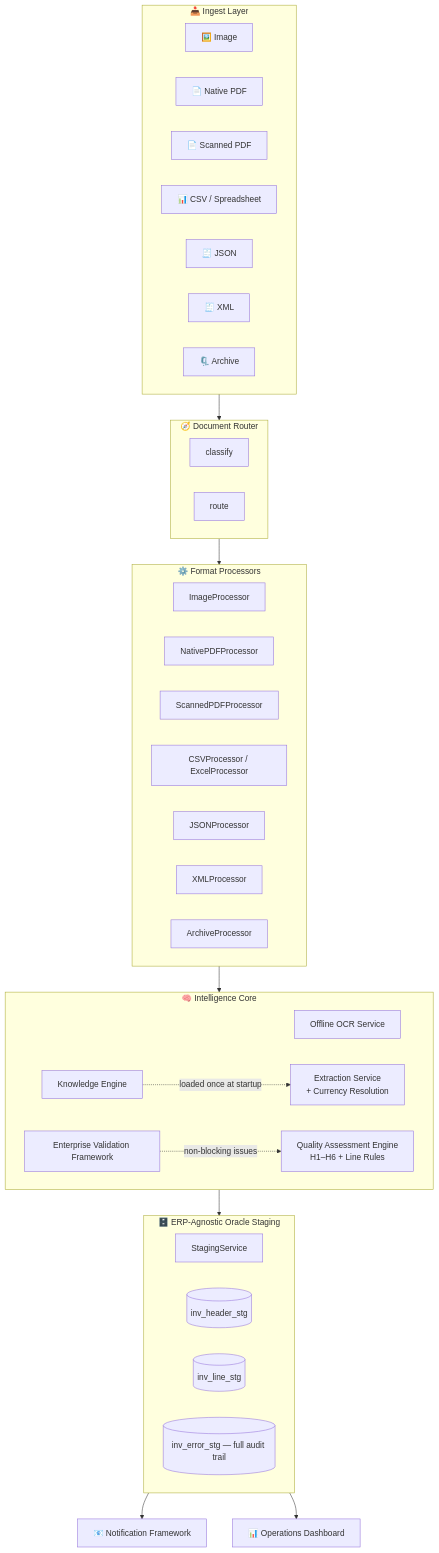
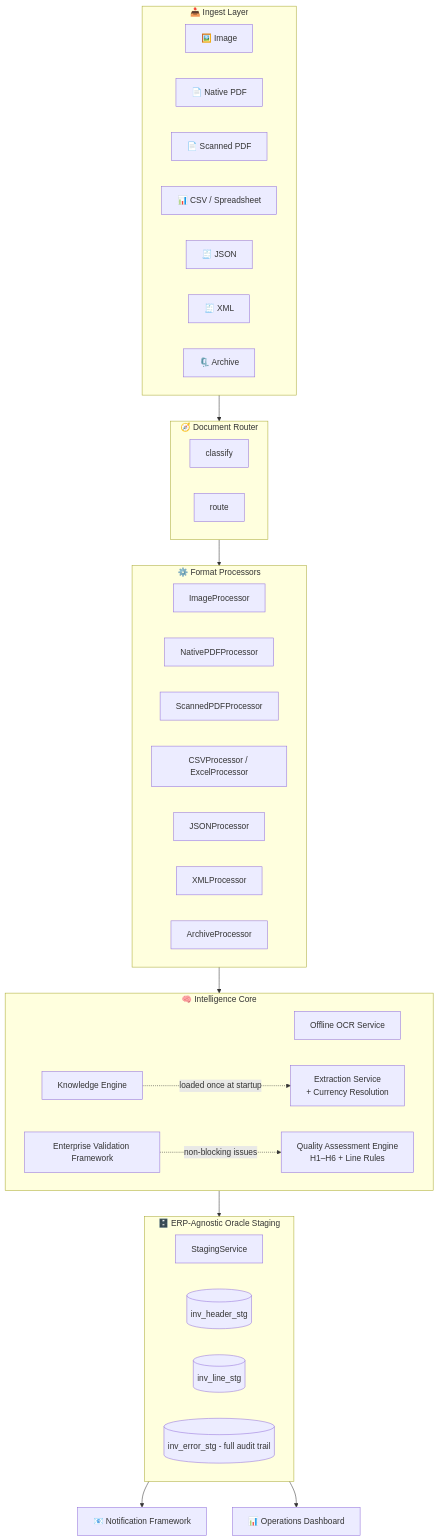
Before and after one commit to hmahanta/invoiceload: the first of 4 diagrams in README.md, drawn with Mermaid. The commit also changed other lines of this file, not shown here.

````diff
--- a/README.md
+++ b/README.md
@@ -158,50 +158,50 @@
 ```mermaid
 flowchart TB
     subgraph Ingest["📥 Ingest Layer"]
         A1[🖼️ Image]
         A2[📄 Native PDF]
         A3[📄 Scanned PDF]
         A4[📊 CSV / Spreadsheet]
         A5[🧾 JSON]
         A6[🧾 XML]
         A7[🗜️ Archive]
     end
 
     subgraph Router["🧭 Document Router"]
         B1[classify]
         B2[route]
     end
 
     subgraph Processors["⚙️ Format Processors"]
         C1[ImageProcessor]
         C2[NativePDFProcessor]
         C3[ScannedPDFProcessor]
         C4[CSVProcessor / ExcelProcessor]
         C5[JSONProcessor]
         C6[XMLProcessor]
         C7[ArchiveProcessor]
     end
 
     subgraph Core["🧠 Intelligence Core"]
         D1[Offline OCR Service]
         D2[Knowledge Engine]
         D3[Extraction Service<br/>+ Currency Resolution]
         D4[Enterprise Validation Framework]
         D5[Quality Assessment Engine<br/>H1–H6 + Line Rules]
     end
 
     subgraph Staging["🗄️ ERP-Agnostic Oracle Staging"]
         E1[StagingService]
         E2[(inv_header_stg)]
         E3[(inv_line_stg)]
-        E4[(inv_error_stg — full audit trail)]
+        E4[(inv_error_stg - full audit trail)]
     end
 
     F[📧 Notification Framework]
     G[📊 Operations Dashboard]
 
     Ingest --> Router --> Processors --> Core --> Staging --> F
     Staging --> G
     D2 -. loaded once at startup .-> D3
     D4 -. non-blocking issues .-> D5
 ```
````
